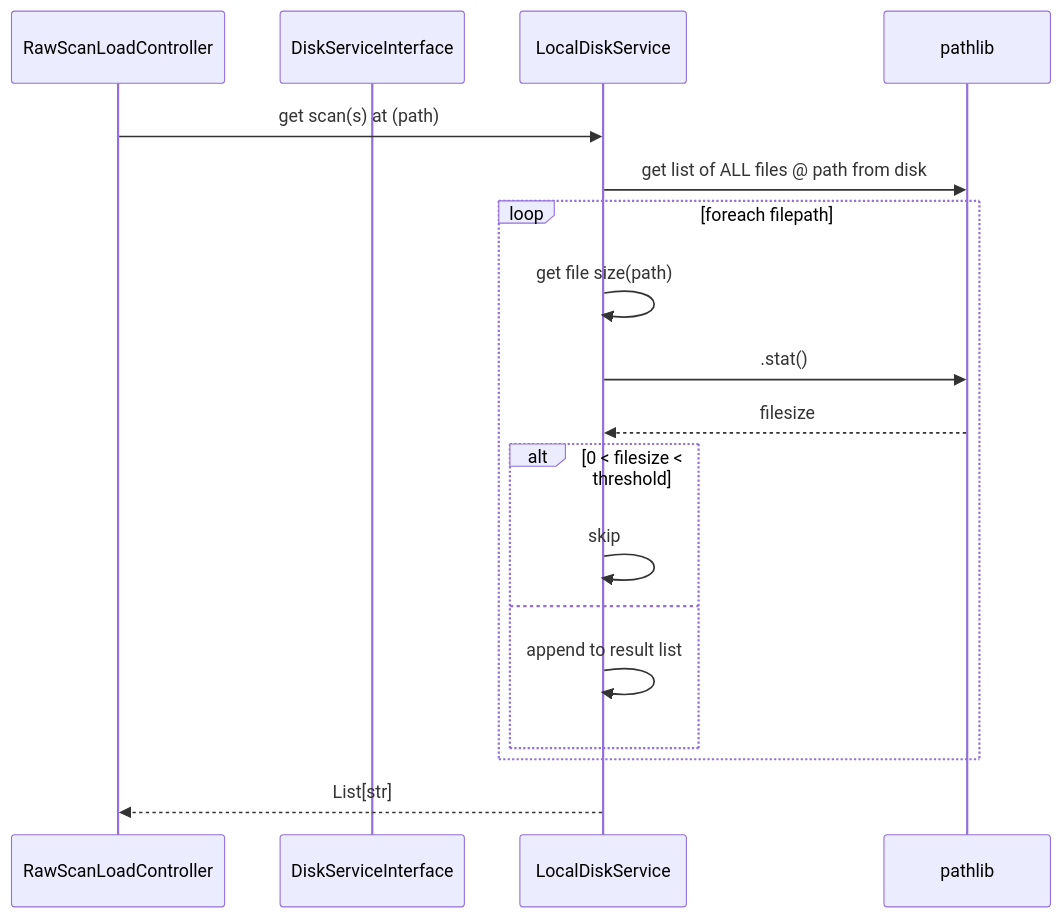
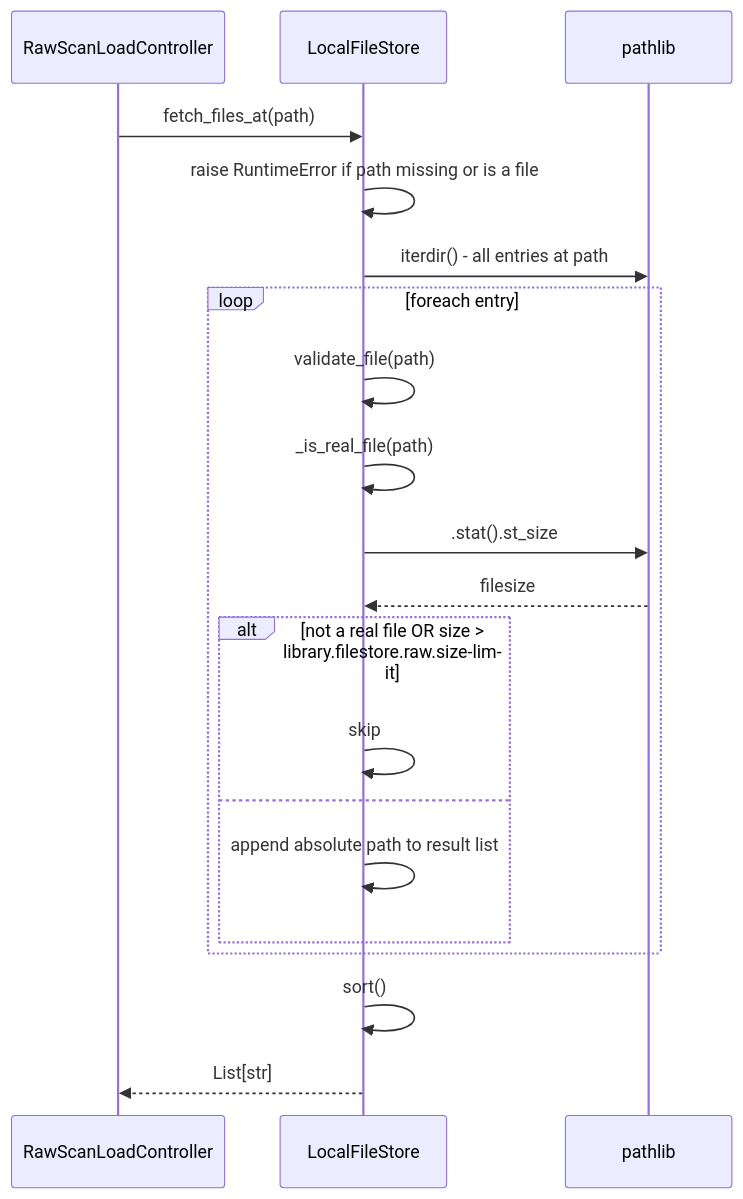
Before and after one commit to neutrons/TAVI: the third of 3 diagrams in docs/source/design/load/raw_scan_sequence_diagrams.rst, drawn with Mermaid. The commit also changed other lines of this file and 29 other files, not shown here.

```diff
--- a/docs/source/design/load/raw_scan_sequence_diagrams.rst
+++ b/docs/source/design/load/raw_scan_sequence_diagrams.rst
@@ -96,19 +103,22 @@
 .. mermaid::
 
     sequenceDiagram
         participant RawScanLoadController
-        participant DiskServiceInterface
-        participant LocalDiskService
-        RawScanLoadController ->>LocalDiskService: get scan(s) at (path)
-        LocalDiskService ->>pathlib: get list of ALL files @ path from disk
-        loop foreach filepath
-            LocalDiskService ->> LocalDiskService: get file size(path)
-            LocalDiskService ->> pathlib:.stat()
-            pathlib -->> LocalDiskService : filesize
-                alt 0 < filesize < threshold
-                    LocalDiskService ->>LocalDiskService: skip
+        participant LocalFileStore
+        participant pathlib
+        RawScanLoadController ->>LocalFileStore: fetch_files_at(path)
+        LocalFileStore ->>LocalFileStore: raise RuntimeError if path missing or is a file
+        LocalFileStore ->>pathlib: iterdir() - all entries at path
+        loop foreach entry
+            LocalFileStore ->> LocalFileStore: validate_file(path)
+            LocalFileStore ->> LocalFileStore: _is_real_file(path)
+            LocalFileStore ->> pathlib: .stat().st_size
+            pathlib -->> LocalFileStore : filesize
+                alt not a real file OR size > library.filestore.raw.size-limit
+                    LocalFileStore ->>LocalFileStore: skip
                 else
-                    LocalDiskService ->>LocalDiskService: append to result list
+                    LocalFileStore ->>LocalFileStore: append absolute path to result list
                 end
         end
-        LocalDiskService -->> RawScanLoadController: List[str]
+        LocalFileStore ->>LocalFileStore: sort()
+        LocalFileStore -->> RawScanLoadController: List[str]
```
